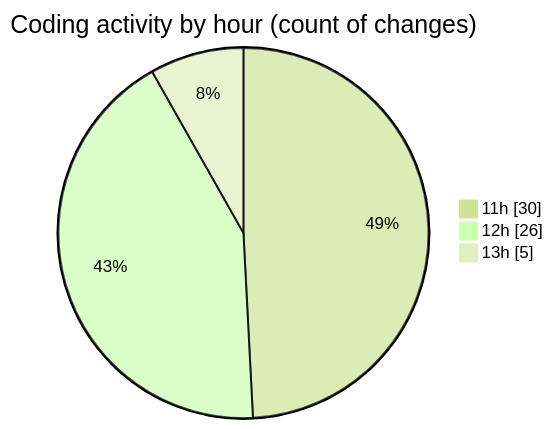
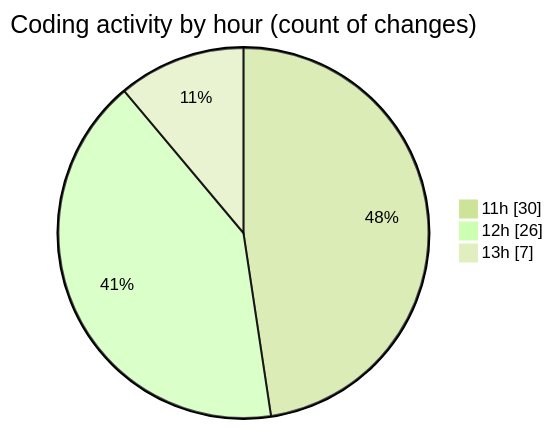
One commit to lephambinh05/code-tracking changed the second of 2 diagrams in 2025-08-25/studybuddy/README.md. Above: the diagram before and after it, drawn with Mermaid (forest theme). The commit also changed other lines of this file and 1 other file, not shown here.

````diff
--- a/2025-08-25/studybuddy/README.md
+++ b/2025-08-25/studybuddy/README.md
@@ -58,7 +58,7 @@
 ```mermaid
 pie showData
 title Coding activity by hour (count of changes)
 "11h" : 30
 "12h" : 26
-"13h" : 5
+"13h" : 7
 ```
````
